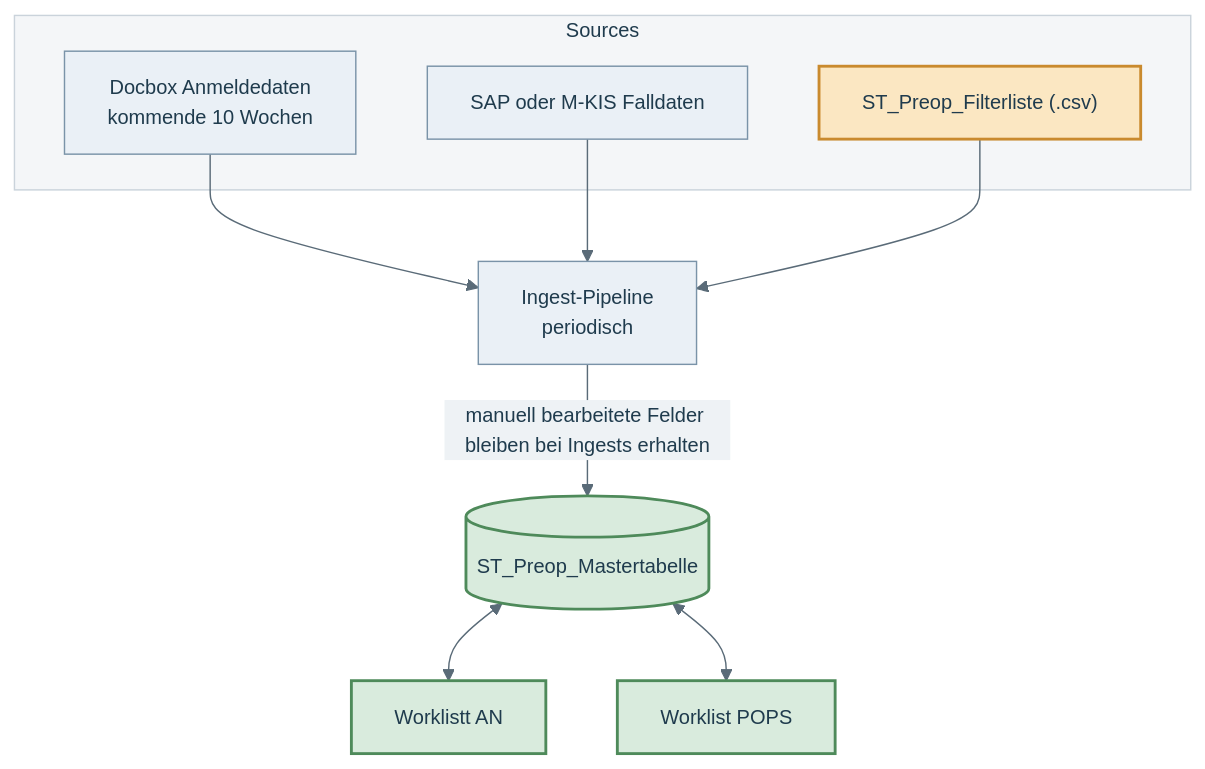
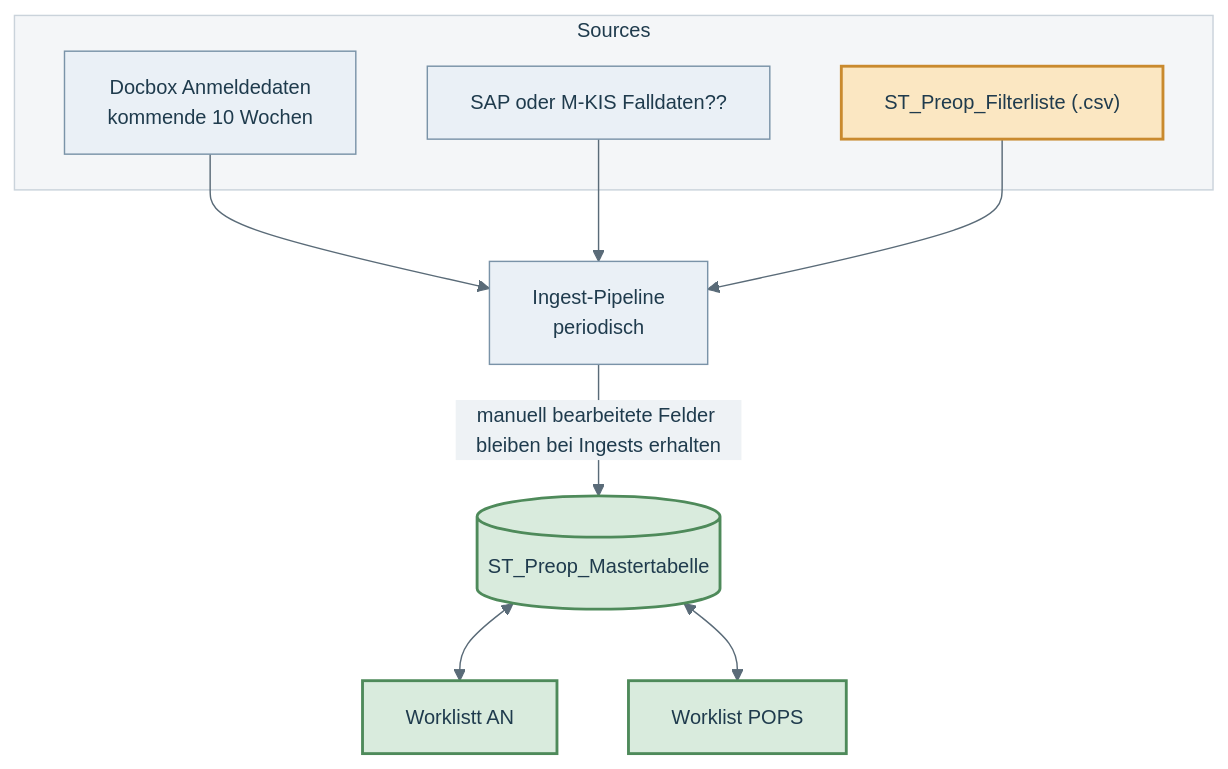
The diagram in README.md (elfjo/preop-worklists-spec), drawn with Mermaid before and after one commit.

Commit message:
new version

````diff
--- a/README.md
+++ b/README.md
@@ -18,22 +18,22 @@
 ```mermaid
 %%{init: {'theme':'base','themeVariables':{'fontSize':'14px','primaryColor':'#eaf0f6','primaryTextColor':'#1f3b4d','primaryBorderColor':'#7a93a8','lineColor':'#5a6b78','clusterBkg':'#f4f6f8','clusterBorder':'#cad3db','edgeLabelBackground':'#eef2f5'}}}%%
 flowchart TB
   subgraph Sources
     A[Docbox Anmeldedaten<br>kommende 10 Wochen]
-    B[SAP oder M-KIS Falldaten]
+    B[SAP oder M-KIS Falldaten??]
     C["ST_Preop_Filterliste (.csv)"]
   end
   A --> I
   B --> I
   C --> I
   I["Ingest-Pipeline<br>periodisch"] -->|"manuell bearbeitete Felder bleiben bei Ingests erhalten"| M[("ST_Preop_Mastertabelle")]
   M <--> K[Worklistt AN]
   M <--> P[Worklist POPS]
   classDef src fill:#eaf0f6,stroke:#7a93a8,color:#1f3b4d;
   classDef hl fill:#fbe7c2,stroke:#c98a2e,stroke-width:2px,color:#1f3b4d;
   classDef core fill:#d9ebdd,stroke:#4e8a5a,stroke-width:2px,color:#1f3b4d;
   class A,B src;
   class C hl;
   class M,K,P core;
   style Sources fill:#f4f6f8,stroke:#cad3db,color:#1f3b4d;
 ```
````
